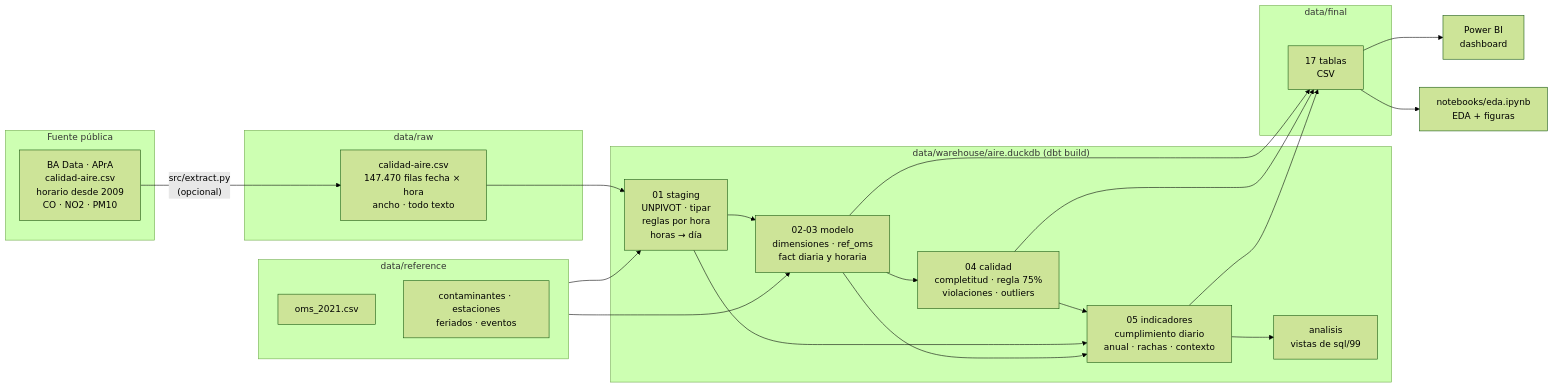
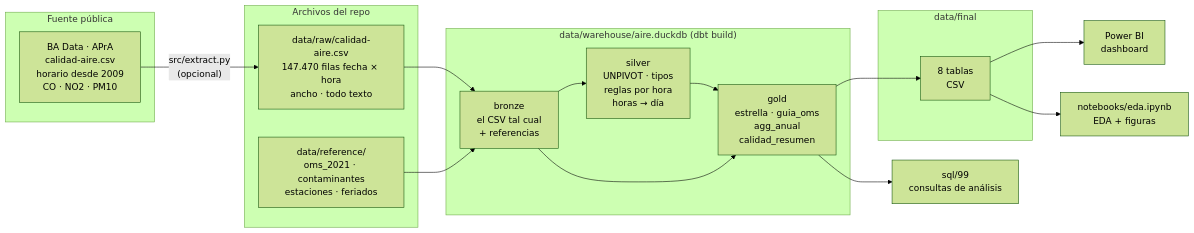
One commit to ezequielmaranda/nox-ciudad changed the diagram in docs/diagrama_etl.md. Above: the diagram before and after it, drawn with Mermaid (forest theme). The commit also changed other lines of this file and 100 other files, not shown here.

````diff
--- a/docs/diagrama_etl.md
+++ b/docs/diagrama_etl.md
@@ -6,44 +6,35 @@
 ```mermaid
 flowchart LR
     subgraph FUENTE["Fuente pública"]
         BAD["BA Data · APrA<br/>calidad-aire.csv<br/>horario desde 2009<br/>CO · NO2 · PM10"]
     end
 
-    subgraph RAW["data/raw"]
-        CSV["calidad-aire.csv<br/>147.470 filas fecha × hora<br/>ancho · todo texto"]
-    end
-
-    subgraph REF["data/reference"]
-        OMS["oms_2021.csv"]
-        AUX["contaminantes · estaciones<br/>feriados · eventos"]
+    subgraph ARCH["Archivos del repo"]
+        CSV["data/raw/calidad-aire.csv<br/>147.470 filas fecha × hora<br/>ancho · todo texto"]
+        REF["data/reference/<br/>oms_2021 · contaminantes<br/>estaciones · feriados"]
     end
 
     subgraph DB["data/warehouse/aire.duckdb (dbt build)"]
-        STG["01 staging<br/>UNPIVOT · tipar<br/>reglas por hora<br/>horas → día"]
-        MOD["02-03 modelo<br/>dimensiones · ref_oms<br/>fact diaria y horaria"]
-        CAL["04 calidad<br/>completitud · regla 75%<br/>violaciones · outliers"]
-        IND["05 indicadores<br/>cumplimiento diario<br/>anual · rachas · contexto"]
-        VIS["analisis<br/>vistas de sql/99"]
+        BR["bronze<br/>el CSV tal cual<br/>+ referencias"]
+        SI["silver<br/>UNPIVOT · tipos<br/>reglas por hora<br/>horas → día"]
+        GO["gold<br/>estrella · guia_oms<br/>agg_anual<br/>calidad_resumen"]
     end
 
     subgraph FINAL["data/final"]
-        OUT["17 tablas<br/>CSV"]
+        OUT["8 tablas<br/>CSV"]
     end
 
     PBI["Power BI<br/>dashboard"]
     NB["notebooks/eda.ipynb<br/>EDA + figuras"]
+    SQL["sql/99<br/>consultas de análisis"]
 
     BAD -- "src/extract.py<br/>(opcional)" --> CSV
-    CSV --> STG
-    REF --> STG
-    REF --> MOD
-    STG --> MOD --> CAL --> IND
-    STG --> IND
-    MOD --> IND
-    IND --> VIS
-    MOD --> OUT
-    CAL --> OUT
-    IND --> OUT
+    CSV --> BR
+    REF --> BR
+    BR --> SI --> GO
+    BR --> GO
+    GO --> OUT
+    GO --> SQL
     OUT --> PBI
     OUT --> NB
 ```
````
